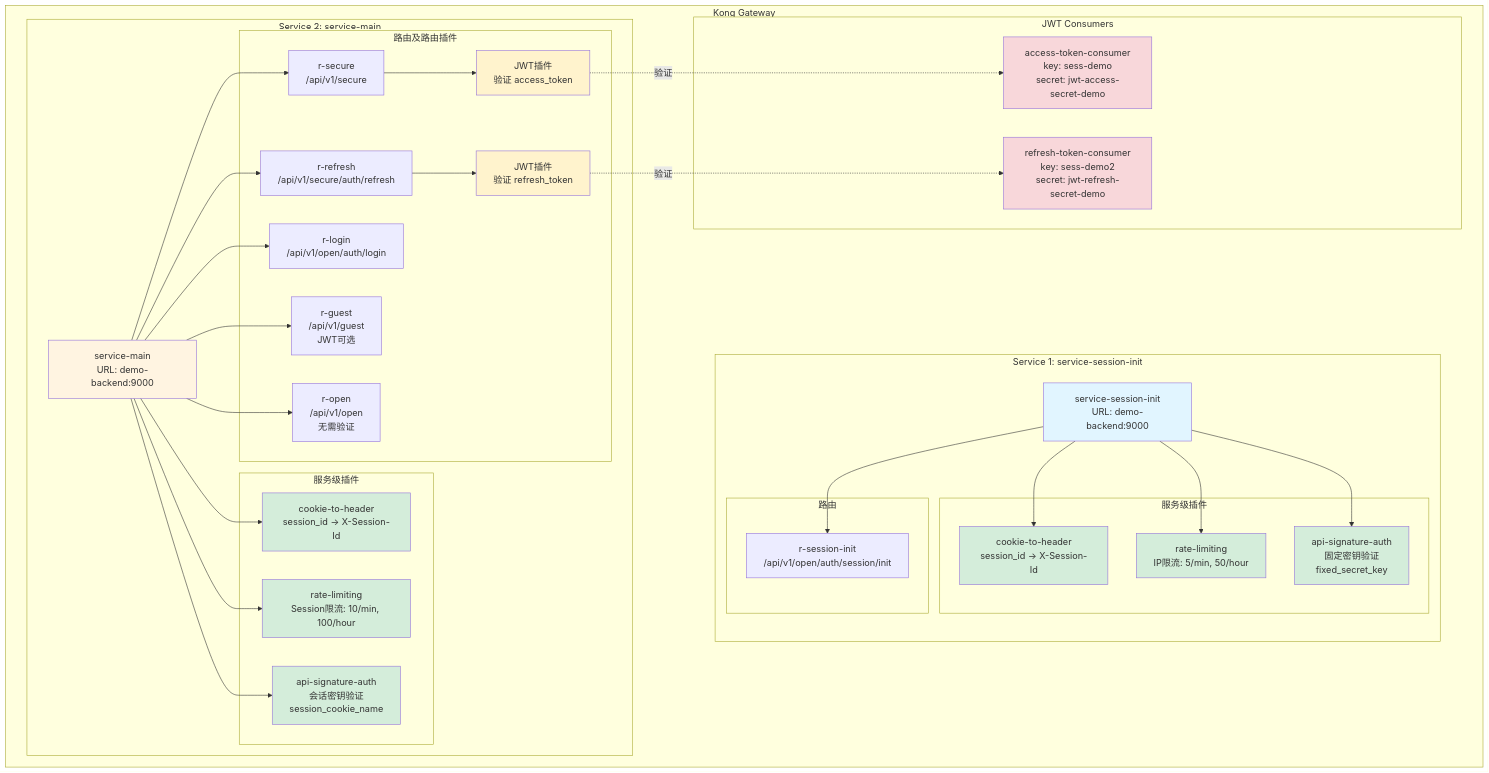
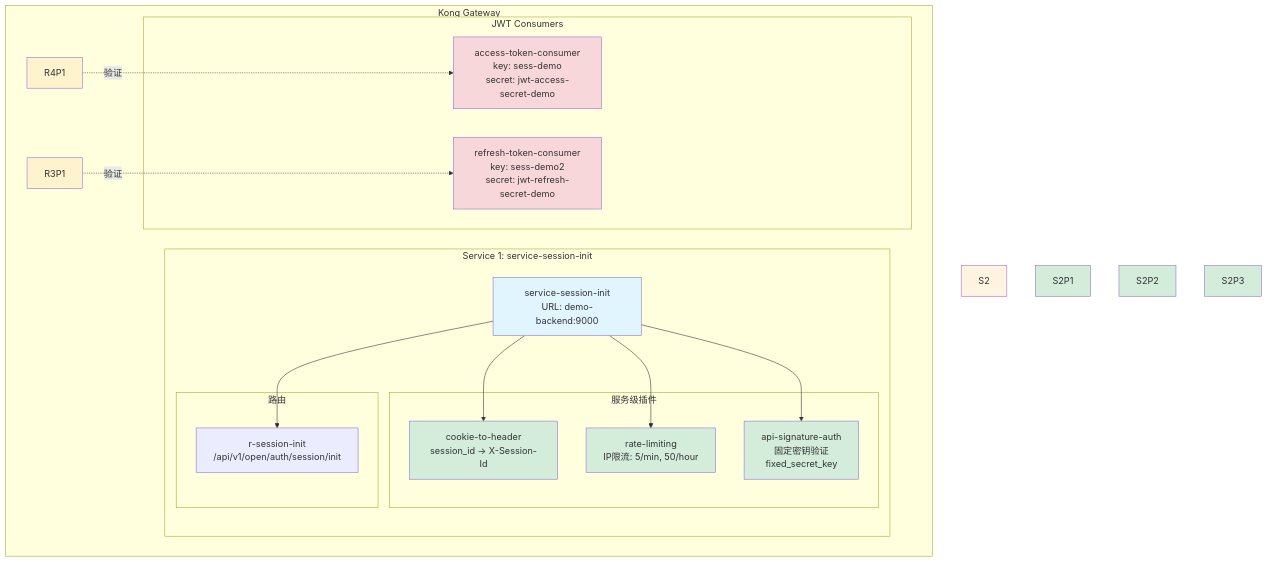
The diagram in all/未命名-8.md (yingjianzh/iodraw-files), drawn with Mermaid before and after one commit.

Commit message:
2025-12-10 09:41:16 update

````diff
--- a/all/未命名-8.md
+++ b/all/未命名-8.md
@@ -1,82 +1,48 @@
 ```mermaid
 
 graph TB
     subgraph "Kong Gateway"
         subgraph "Service 1: service-session-init"
             S1[service-session-init<br/>URL: demo-backend:9000]
             
             subgraph "服务级插件"
                 S1P1[cookie-to-header<br/>session_id → X-Session-Id]
                 S1P2[rate-limiting<br/>IP限流: 5/min, 50/hour]
                 S1P3[api-signature-auth<br/>固定密钥验证<br/>fixed_secret_key]
             end
             
             subgraph "路由"
                 R1[r-session-init<br/>/api/v1/open/auth/session/init]
             end
             
             S1 --> S1P1
             S1 --> S1P2
             S1 --> S1P3
             S1 --> R1
         end
         
-        subgraph "Service 2: service-main"
-            S2[service-main<br/>URL: demo-backend:9000]
-            
-            subgraph "服务级插件 "
-                S2P1[cookie-to-header<br/>session_id → X-Session-Id]
-                S2P2[rate-limiting<br/>Session限流: 10/min, 100/hour]
-                S2P3[api-signature-auth<br/>会话密钥验证<br/>session_cookie_name]
-            end
-            
-            subgraph "路由及路由插件"
-                R2[r-login<br/>/api/v1/open/auth/login]
-                
-                R3[r-refresh<br/>/api/v1/secure/auth/refresh]
-                R3P1[JWT插件<br/>验证 refresh_token]
-                
-                R4[r-secure<br/>/api/v1/secure]
-                R4P1[JWT插件<br/>验证 access_token]
-                
-                R5[r-guest<br/>/api/v1/guest<br/>JWT可选]
-                
-                R6[r-open<br/>/api/v1/open<br/>无需验证]
-                
-                R3 --> R3P1
-                R4 --> R4P1
-            end
-            
-            S2 --> S2P1
-            S2 --> S2P2
-            S2 --> S2P3
-            S2 --> R2
-            S2 --> R3
-            S2 --> R4
-            S2 --> R5
-            S2 --> R6
-        end
+        
         
         subgraph "JWT Consumers"
             C1[access-token-consumer<br/>key: sess-demo<br/>secret: jwt-access-secret-demo]
             C2[refresh-token-consumer<br/>key: sess-demo2<br/>secret: jwt-refresh-secret-demo]
         end
         
         R3P1 -.验证.-> C2
         R4P1 -.验证.-> C1
     end
     
     style S1 fill:#e1f5ff
     style S2 fill:#fff4e1
     style S1P1 fill:#d4edda
     style S1P2 fill:#d4edda
     style S1P3 fill:#d4edda
     style S2P1 fill:#d4edda
     style S2P2 fill:#d4edda
     style S2P3 fill:#d4edda
     style R3P1 fill:#fff3cd
     style R4P1 fill:#fff3cd
     style C1 fill:#f8d7da
     style C2 fill:#f8d7da
 
 ```
````
